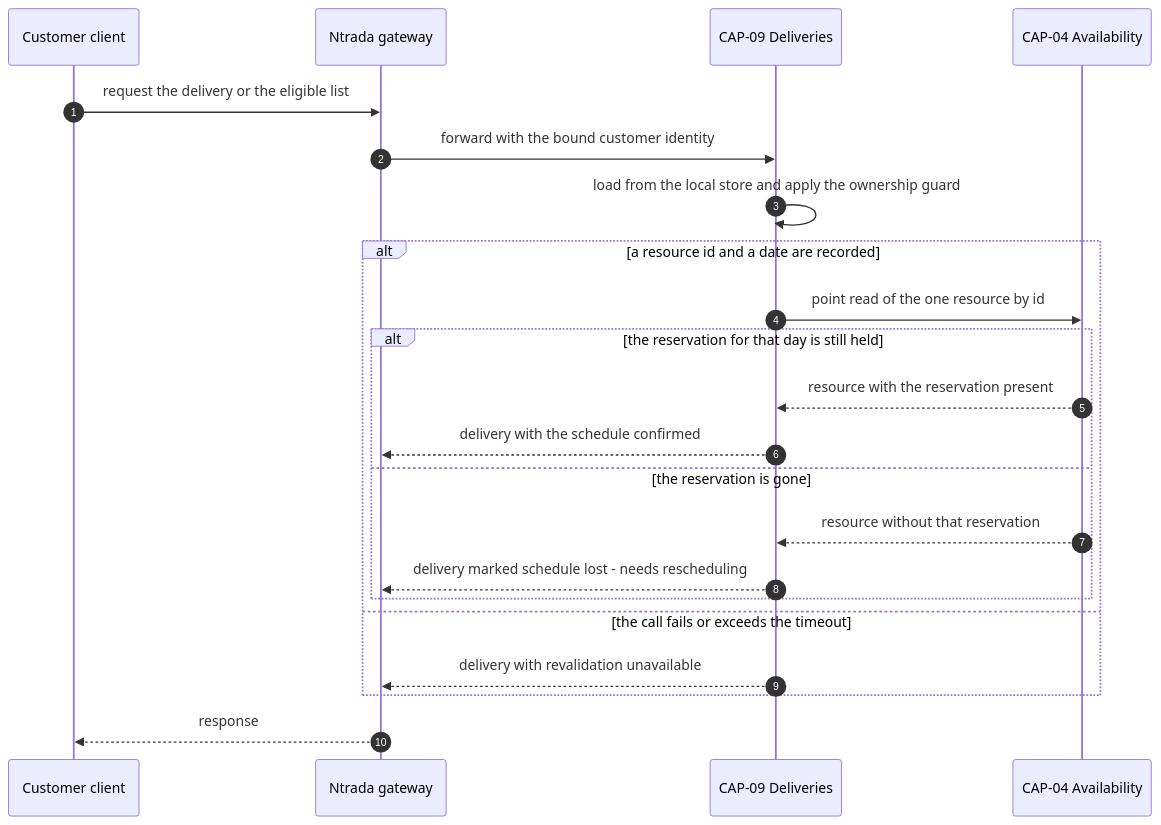
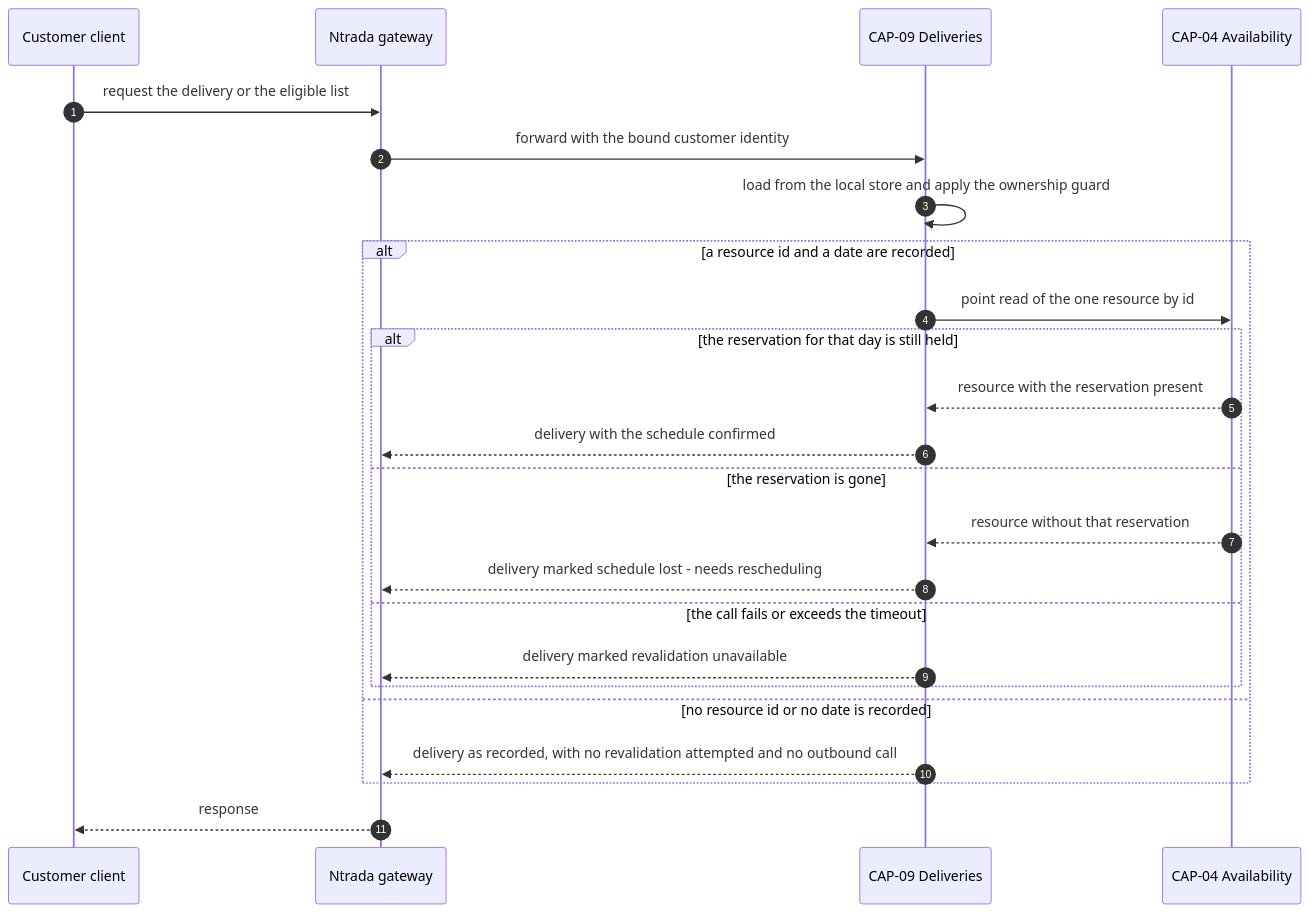
One commit to hianshul100/Pacco.Context changed the diagram in docs/adr/read-time-reservation-revalidation-and-schedule-lost.md. Above: the diagram before and after it, drawn with Mermaid. The commit also changed other lines of this file and 11 other files, not shown here.

First line of the commit message:
docs(architecture): apply reviewer feedback to the 14830 architecture evolution

````diff
--- a/docs/adr/read-time-reservation-revalidation-and-schedule-lost.md
+++ b/docs/adr/read-time-reservation-revalidation-and-schedule-lost.md
@@ -170,24 +170,26 @@
 ```mermaid
 sequenceDiagram
     autonumber
     participant CUS as Customer client
     participant GW as Ntrada gateway
     participant DEL as CAP-09 Deliveries
     participant AV as CAP-04 Availability
     CUS->>GW: request the delivery or the eligible list
     GW->>DEL: forward with the bound customer identity
     DEL->>DEL: load from the local store and apply the ownership guard
     alt a resource id and a date are recorded
         DEL->>AV: point read of the one resource by id
         alt the reservation for that day is still held
             AV-->>DEL: resource with the reservation present
             DEL-->>GW: delivery with the schedule confirmed
         else the reservation is gone
             AV-->>DEL: resource without that reservation
             DEL-->>GW: delivery marked schedule lost - needs rescheduling
+        else the call fails or exceeds the timeout
+            DEL-->>GW: delivery marked revalidation unavailable
         end
-    else the call fails or exceeds the timeout
-        DEL-->>GW: delivery with revalidation unavailable
+    else no resource id or no date is recorded
+        DEL-->>GW: delivery as recorded, with no revalidation attempted and no outbound call
     end
     GW-->>CUS: response
 ```
````
